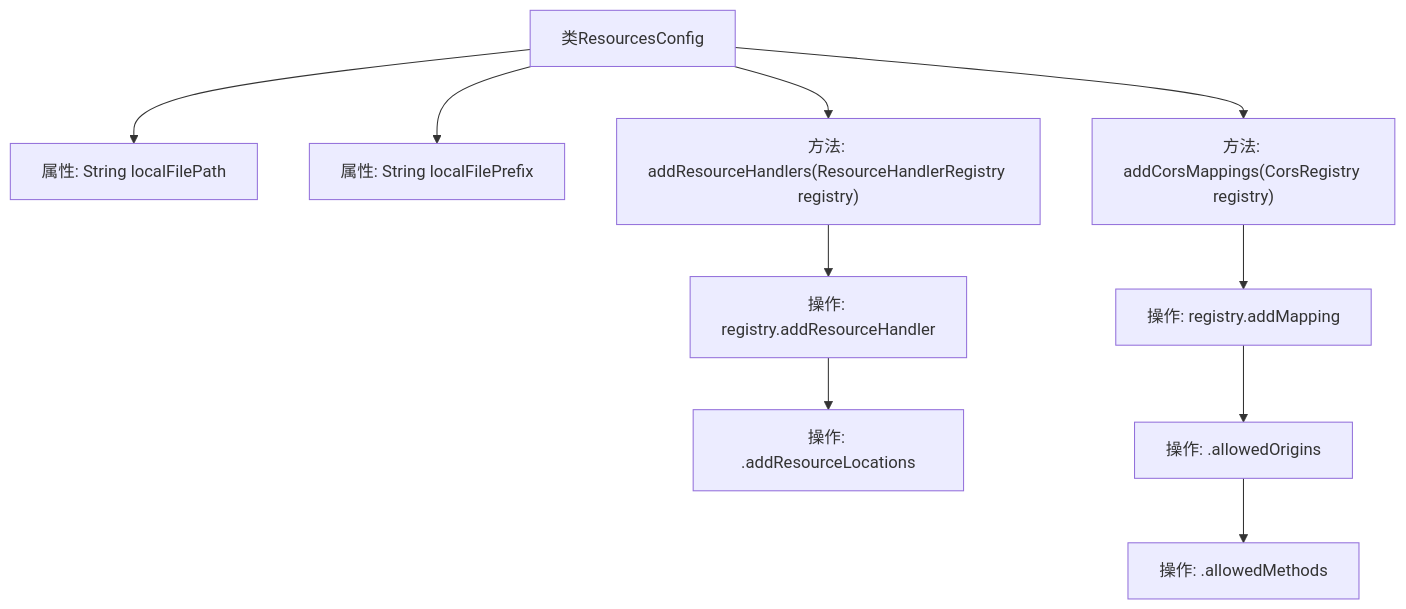
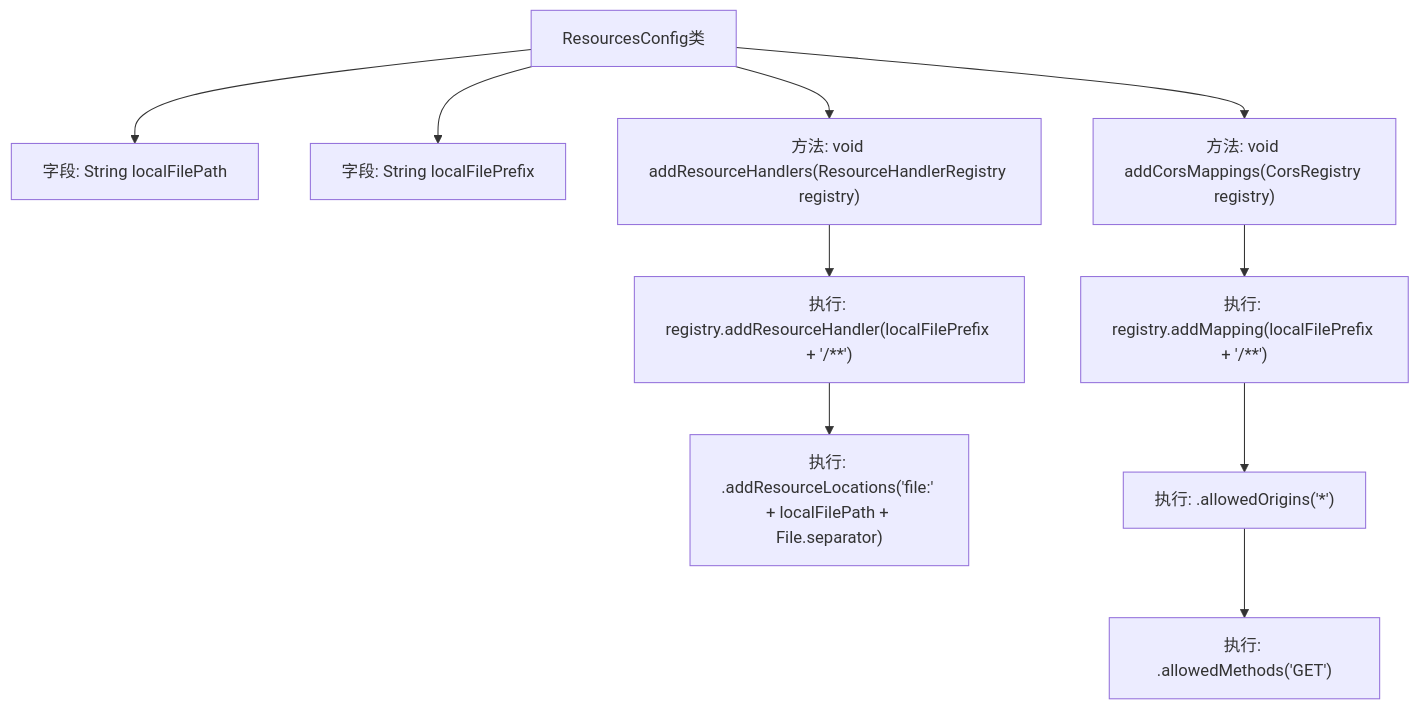
The second of 2 diagrams in docs/zh/docs/src/main/java/com/github/binarywang/demo/wx/miniapp/config/ResourcesConfig.md (v-wjrong/imrrong_weixin-java-miniapp-demo), drawn with Mermaid before and after one commit. The commit also changed other lines of this file and 51 other files, not shown here.

````diff
--- a/docs/zh/docs/src/main/java/com/github/binarywang/demo/wx/miniapp/config/ResourcesConfig.md
+++ b/docs/zh/docs/src/main/java/com/github/binarywang/demo/wx/miniapp/config/ResourcesConfig.md
@@ -62,23 +81,20 @@
 ```mermaid
 graph TD
-    A["类ResourcesConfig"]
-    B["属性: String localFilePath"]
-    C["属性: String localFilePrefix"]
-    D["方法: addResourceHandlers(ResourceHandlerRegistry registry)"]
-    E["方法: addCorsMappings(CorsRegistry registry)"]
-    F["操作: registry.addResourceHandler"]
-    G["操作: .addResourceLocations"]
-    H["操作: registry.addMapping"]
-    I["操作: .allowedOrigins"]
-    J["操作: .allowedMethods"]
-
+    A["ResourcesConfig类"]
+    B["字段: String localFilePath"]
+    C["字段: String localFilePrefix"]
+    D["方法: void addResourceHandlers(ResourceHandlerRegistry registry)"]
+    E["方法: void addCorsMappings(CorsRegistry registry)"]
+    
     A --> B
     A --> C
     A --> D
     A --> E
-    D --> F
-    F --> G
-    E --> H
-    H --> I
-    I --> J
+    
+    D --> F["执行: registry.addResourceHandler(localFilePrefix + '/**')"]
+    F --> G["执行: .addResourceLocations('file:' + localFilePath + File.separator)"]
+    
+    E --> H["执行: registry.addMapping(localFilePrefix + '/**')"]
+    H --> I["执行: .allowedOrigins('*')"]
+    I --> J["执行: .allowedMethods('GET')"]
 ```
````
